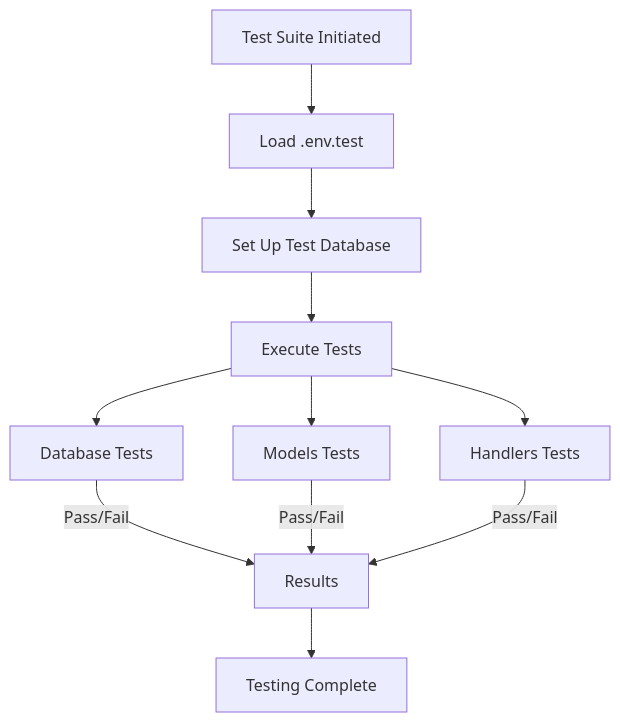
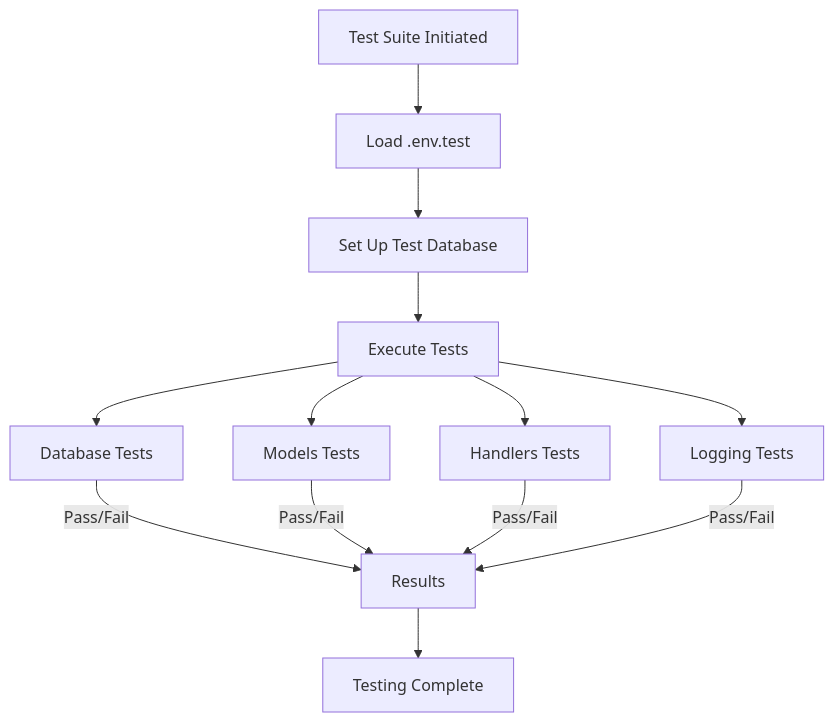
The third of 3 diagrams in documentation/25102024.md (JtPerez-Acle/rust_market), drawn with Mermaid before and after one commit. The commit also changed other lines of this file, not shown here.

````diff
--- a/documentation/25102024.md
+++ b/documentation/25102024.md
@@ -108,13 +127,15 @@
 ```mermaid
 flowchart TD
-Start[Test Suite Initiated] --> LoadEnv[Load .env.test]
-LoadEnv --> SetupDB[Set Up Test Database]
-SetupDB --> RunTests[Execute Tests]
-RunTests --> TestDB[Database Tests]
-RunTests --> TestModels[Models Tests]
-RunTests --> TestHandlers[Handlers Tests]
-TestDB -->|Pass/Fail| Results
-TestModels -->|Pass/Fail| Results
-TestHandlers -->|Pass/Fail| Results
-Results --> End[Testing Complete]
+    Start[Test Suite Initiated] --> LoadEnv[Load .env.test]
+    LoadEnv --> SetupDB[Set Up Test Database]
+    SetupDB --> RunTests[Execute Tests]
+    RunTests --> TestDB[Database Tests]
+    RunTests --> TestModels[Models Tests]
+    RunTests --> TestHandlers[Handlers Tests]
+    RunTests --> TestLogging[Logging Tests]
+    TestDB -->|Pass/Fail| Results
+    TestModels -->|Pass/Fail| Results
+    TestHandlers -->|Pass/Fail| Results
+    TestLogging -->|Pass/Fail| Results
+    Results --> End[Testing Complete]
 ```
````
